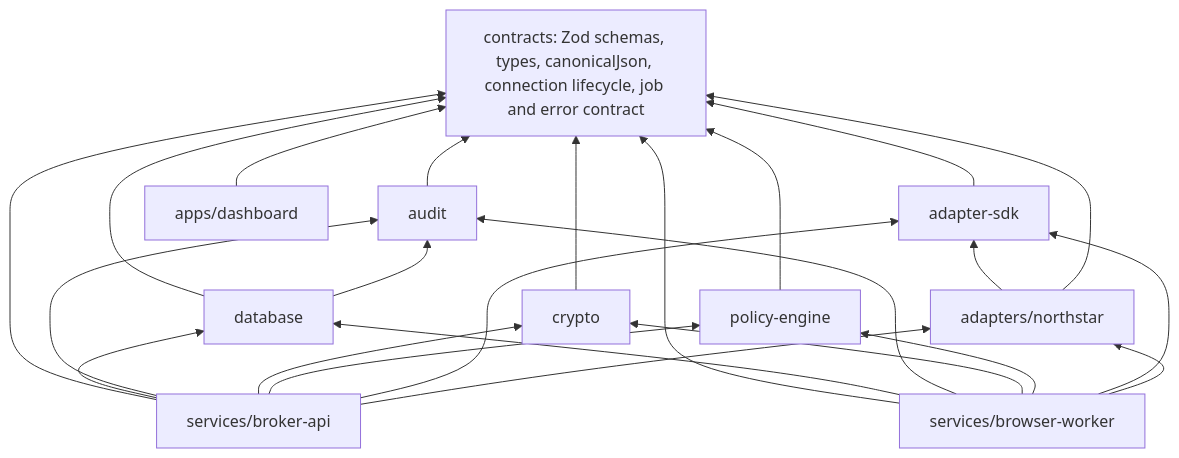
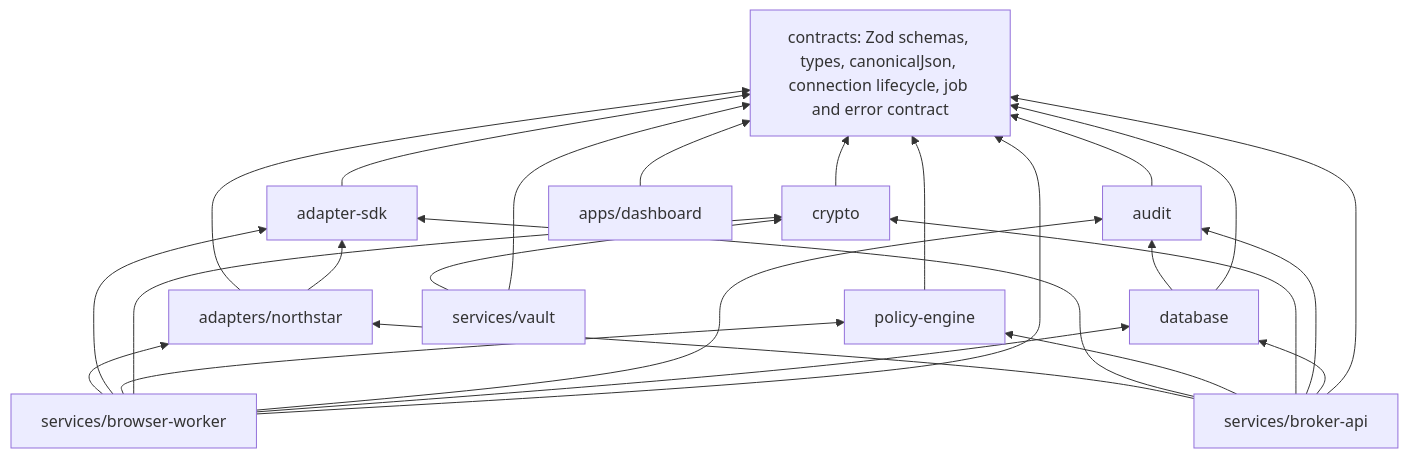
Before and after one commit to silentonroot/Relay: the third of 8 diagrams in docs/architecture.md, drawn with Mermaid. The commit also changed other lines of this file and 63 other files, not shown here.

````diff
--- a/docs/architecture.md
+++ b/docs/architecture.md
@@ -234,27 +234,29 @@
 ```mermaid
 flowchart BT
   CT["contracts: Zod schemas, types, canonicalJson, connection lifecycle, job and error contract"]
   AU["audit"] --> CT
   CR["crypto"] --> CT
   PE["policy-engine"] --> CT
   SDK["adapter-sdk"] --> CT
   NS["adapters/northstar"] --> SDK
   NS --> CT
   DB["database"] --> CT
   DB --> AU
   API["services/broker-api"] --> CT
   API --> DB
   API --> AU
   API --> CR
   API --> PE
   API --> SDK
   API --> NS
   BW["services/browser-worker"] --> CT
   BW --> DB
   BW --> AU
   BW --> CR
   BW --> PE
   BW --> SDK
   BW --> NS
+  VLT["services/vault"] --> CT
+  VLT --> CR
   DASH["apps/dashboard"] --> CT
 ```
````
